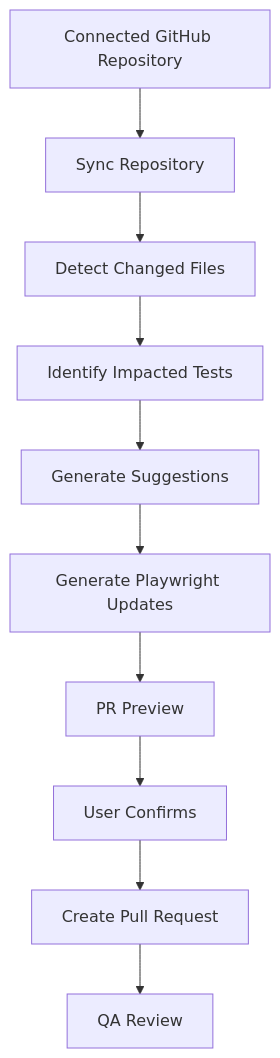
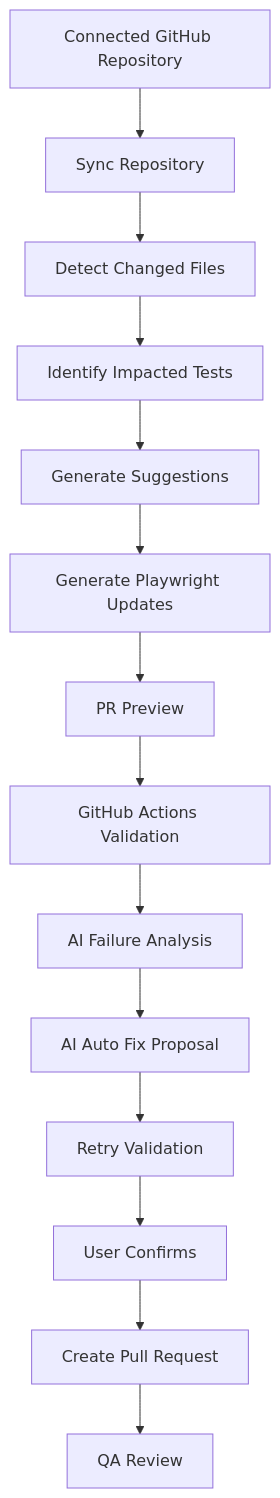
The diagram in docs/13-AI-Repository-Sync.md (dksable/ai-qa-copilot-fe), drawn with Mermaid before and after one commit. The commit also changed other lines of this file and 27 other files, not shown here.

````diff
--- a/docs/13-AI-Repository-Sync.md
+++ b/docs/13-AI-Repository-Sync.md
@@ -25,12 +25,16 @@
 ```mermaid
 flowchart TD
   Repo["Connected GitHub Repository"] --> Sync["Sync Repository"]
   Sync --> Changes["Detect Changed Files"]
   Changes --> Impact["Identify Impacted Tests"]
   Impact --> Suggestions["Generate Suggestions"]
   Suggestions --> Updates["Generate Playwright Updates"]
   Updates --> Preview["PR Preview"]
-  Preview --> Confirm["User Confirms"]
+  Preview --> Validation["GitHub Actions Validation"]
+  Validation --> Failure["AI Failure Analysis"]
+  Failure --> Fix["AI Auto Fix Proposal"]
+  Fix --> Retry["Retry Validation"]
+  Retry --> Confirm["User Confirms"]
   Confirm --> PR["Create Pull Request"]
   PR --> QAReview["QA Review"]
 ```
````
